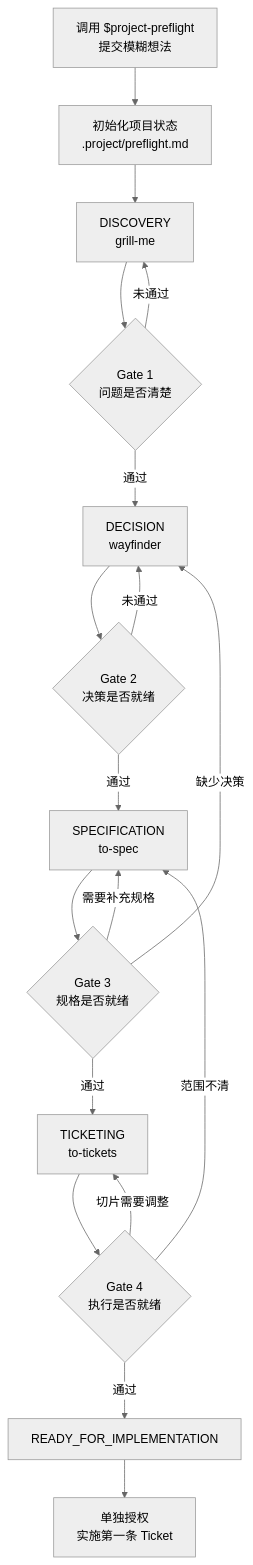
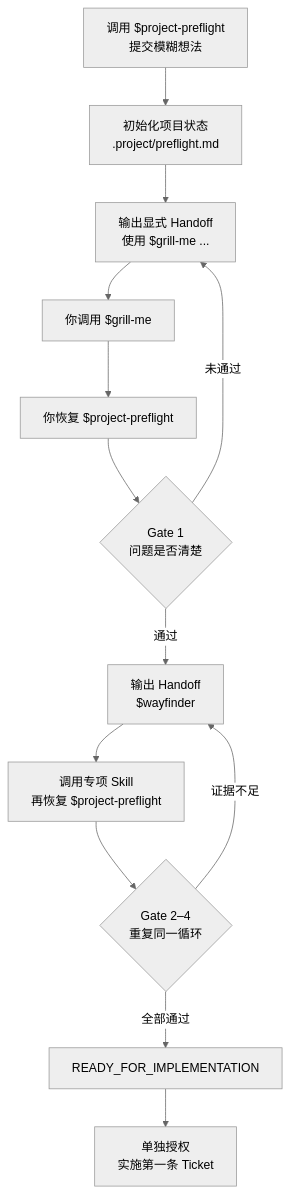
One commit to NaCr05/project-preflight changed the diagram in docs/workflow.zh-CN.md. Above: the diagram before and after it, drawn with Mermaid (neutral theme). The commit also changed other lines of this file and 42 other files, not shown here.

````diff
--- a/docs/workflow.zh-CN.md
+++ b/docs/workflow.zh-CN.md
@@ -9,20 +9,15 @@
 ```mermaid
 flowchart TD
     A["调用 $project-preflight<br/>提交模糊想法"] --> B["初始化项目状态<br/>.project/preflight.md"]
-    B --> C["DISCOVERY<br/>grill-me"]
-    C --> D{"Gate 1<br/>问题是否清楚"}
+    B --> C["输出显式 Handoff<br/>使用 $grill-me ..."]
+    C --> U1["你调用 $grill-me"]
+    U1 --> R1["你恢复 $project-preflight"]
+    R1 --> D{"Gate 1<br/>问题是否清楚"}
     D -->|"未通过"| C
-    D -->|"通过"| E["DECISION<br/>wayfinder"]
-    E --> F{"Gate 2<br/>决策是否就绪"}
-    F -->|"未通过"| E
-    F -->|"通过"| G["SPECIFICATION<br/>to-spec"]
-    G --> H{"Gate 3<br/>规格是否就绪"}
-    H -->|"缺少决策"| E
-    H -->|"需要补充规格"| G
-    H -->|"通过"| I["TICKETING<br/>to-tickets"]
-    I --> J{"Gate 4<br/>执行是否就绪"}
-    J -->|"范围不清"| G
-    J -->|"切片需要调整"| I
-    J -->|"通过"| K["READY_FOR_IMPLEMENTATION"]
+    D -->|"通过"| E["输出 Handoff<br/>$wayfinder"]
+    E --> U2["调用专项 Skill<br/>再恢复 $project-preflight"]
+    U2 --> F{"Gate 2–4<br/>重复同一循环"}
+    F -->|"证据不足"| E
+    F -->|"全部通过"| K["READY_FOR_IMPLEMENTATION"]
     K --> L["单独授权<br/>实施第一条 Ticket"]
 ```
````
